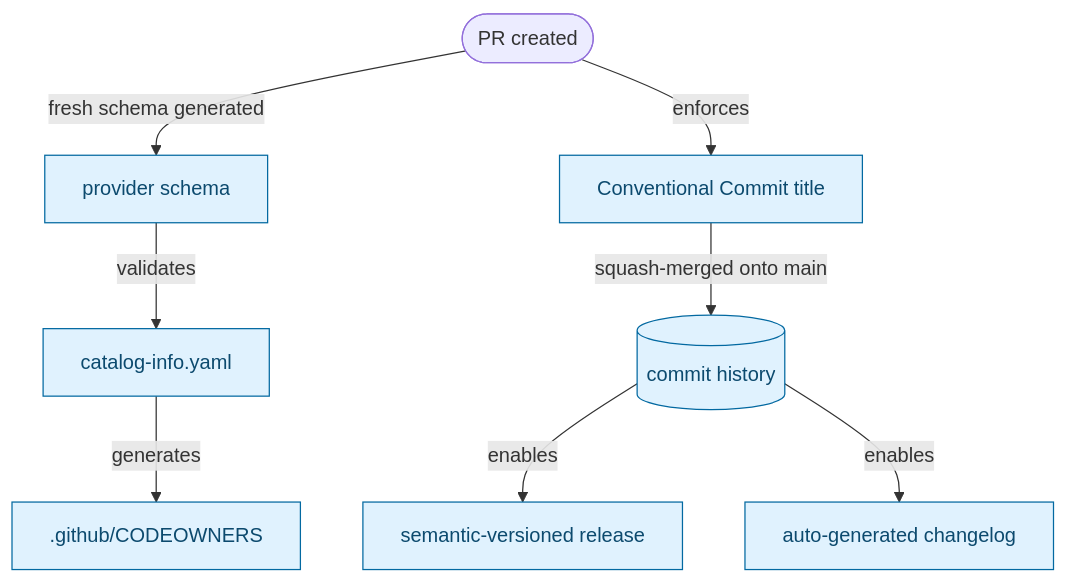
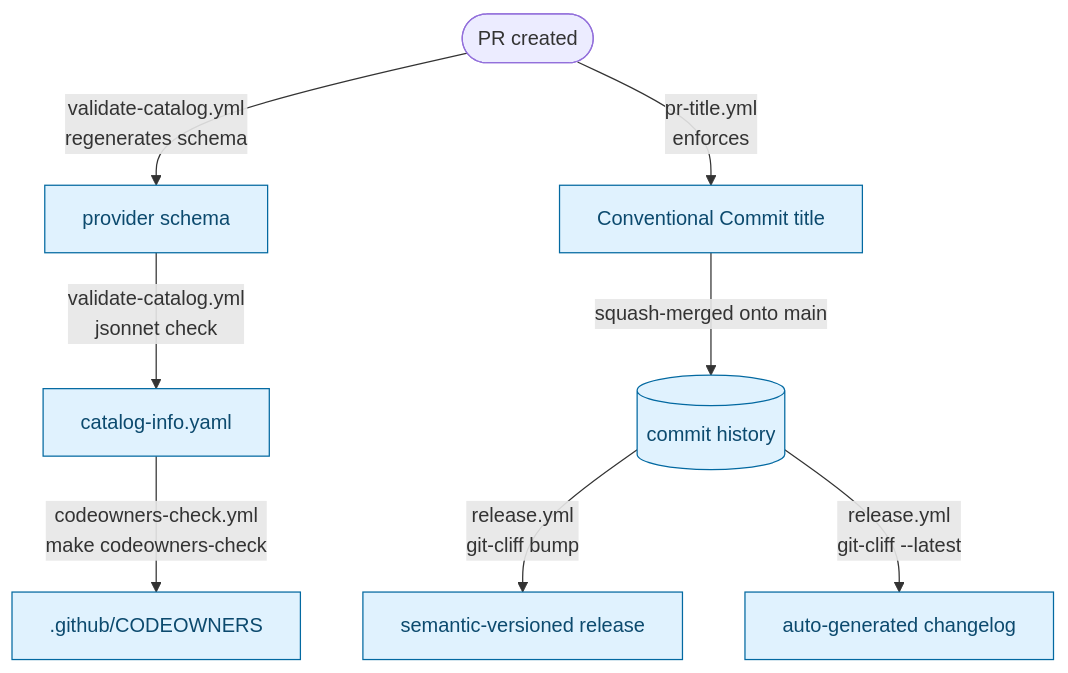
One commit to grafana/terraform-provider-grafana changed the second of 2 diagrams in .github/README.md. Above: the diagram before and after it, drawn with Mermaid. The commit also changed other lines of this file, not shown here.

Commit message:
docs(github): annotate diagram edges with the workflow that runs them
Each transition in the artifact-centric diagrams now carries the workflow
filename above the verb (e.g. update-schema.yml / generates). Edges
without a workflow are human or external-system actions and stay
unannotated. Adds a one-sentence reader hint above the diagrams.

````diff
--- a/.github/README.md
+++ b/.github/README.md
@@ -53,16 +57,16 @@
 ```mermaid
 flowchart TD
     pr([PR created])
 
-    pr -->|fresh schema generated| schema_pr[provider schema]
-    schema_pr -->|validates| catalog[catalog-info.yaml]
-    catalog -->|generates| codeowners[.github/CODEOWNERS]
+    pr -->|validate-catalog.yml<br/>regenerates schema| schema_pr[provider schema]
+    schema_pr -->|validate-catalog.yml<br/>jsonnet check| catalog[catalog-info.yaml]
+    catalog -->|codeowners-check.yml<br/>make codeowners-check| codeowners[.github/CODEOWNERS]
 
-    pr -->|enforces| cc[Conventional Commit title]
+    pr -->|pr-title.yml<br/>enforces| cc[Conventional Commit title]
     cc -->|squash-merged onto main| history[(commit history)]
-    history -->|enables| sem[semantic-versioned release]
-    history -->|enables| changelog[auto-generated changelog]
+    history -->|release.yml<br/>git-cliff bump| sem[semantic-versioned release]
+    history -->|release.yml<br/>git-cliff --latest| changelog[auto-generated changelog]
 
     classDef artifact fill:#e0f2fe,stroke:#0369a1,color:#0c4a6e;
     class schema_pr,catalog,codeowners,cc,history,sem,changelog artifact;
 ```
````
